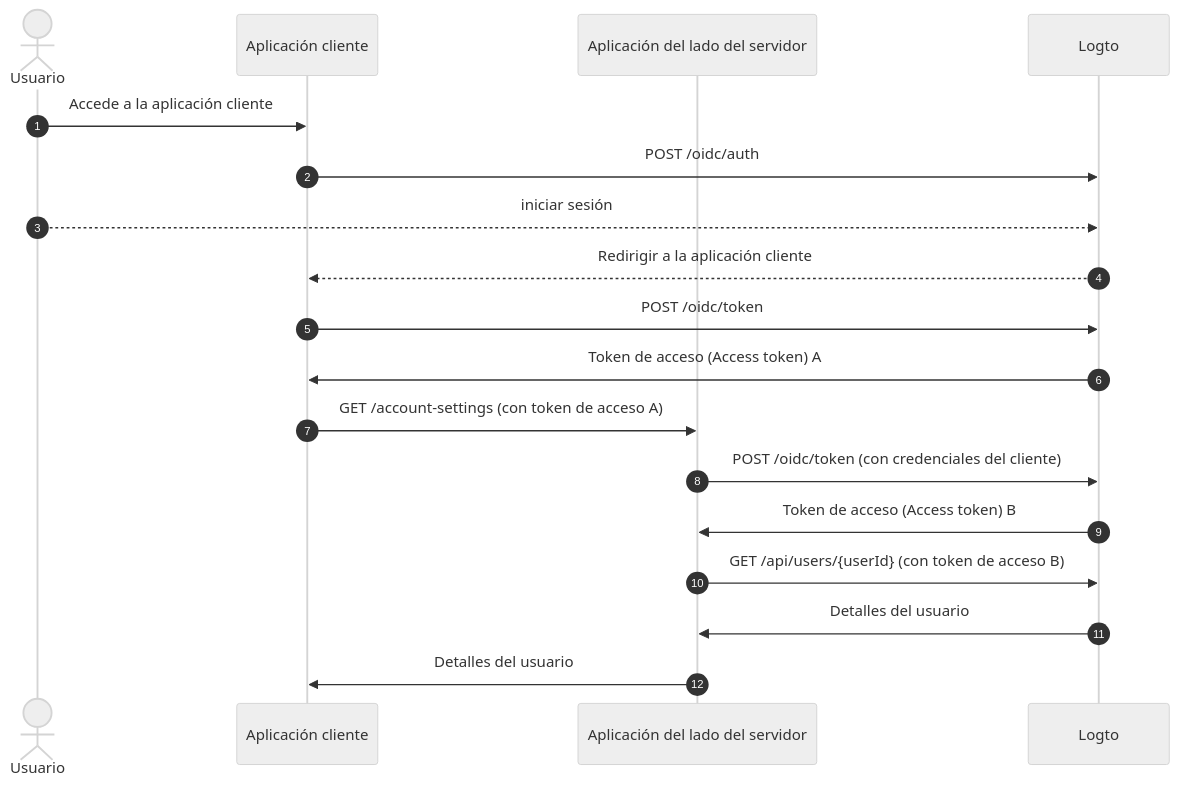
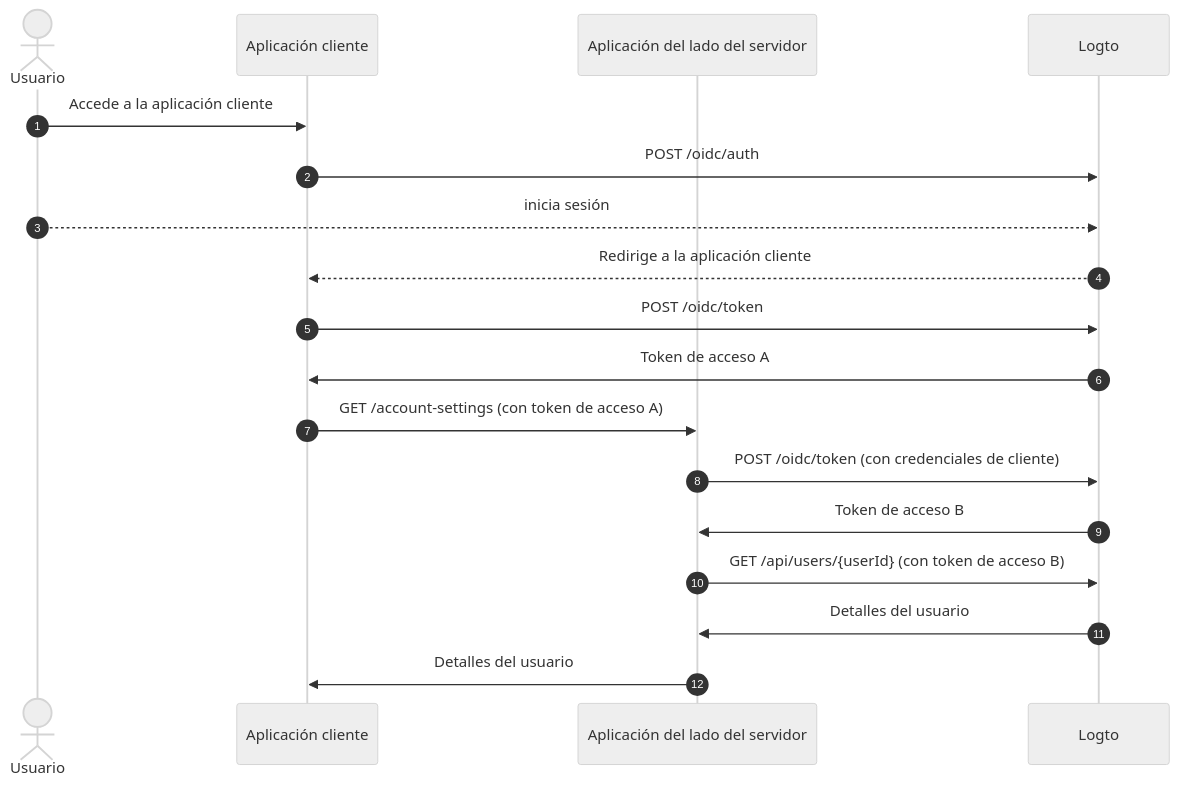
Before and after one commit to logto-io/docs: the second of 3 diagrams in i18n/es/docusaurus-plugin-content-docs/current/end-user-flows/account-settings/by-management-api.mdx, drawn with Mermaid (neutral theme). The commit also changed other lines of this file and 162 other files, not shown here.

````diff
--- a/i18n/es/docusaurus-plugin-content-docs/current/end-user-flows/account-settings/by-management-api.mdx
+++ b/i18n/es/docusaurus-plugin-content-docs/current/end-user-flows/account-settings/by-management-api.mdx
@@ -27,21 +27,21 @@
 ```mermaid
   sequenceDiagram
     autonumber
     actor User as Usuario
     participant Client as Aplicación cliente
     participant Server as Aplicación del lado del servidor
     participant Logto as Logto
 
     User ->> Client: Accede a la aplicación cliente
     Client ->> Logto: POST /oidc/auth
-    User -->> Logto: iniciar sesión
-    Logto -->> Client: Redirigir a la aplicación cliente
+    User -->> Logto: inicia sesión
+    Logto -->> Client: Redirige a la aplicación cliente
     Client ->> Logto: POST /oidc/token
-    Logto ->> Client: Token de acceso (Access token) A
+    Logto ->> Client: Token de acceso A
     Client ->> Server: GET /account-settings (con token de acceso A)
-    Server ->> Logto: POST /oidc/token (con credenciales del cliente)
-    Logto ->> Server: Token de acceso (Access token) B
+    Server ->> Logto: POST /oidc/token (con credenciales de cliente)
+    Logto ->> Server: Token de acceso B
     Server ->> Logto: GET /api/users/{userId} (con token de acceso B)
     Logto ->> Server: Detalles del usuario
     Server ->> Client: Detalles del usuario
 ```
````
